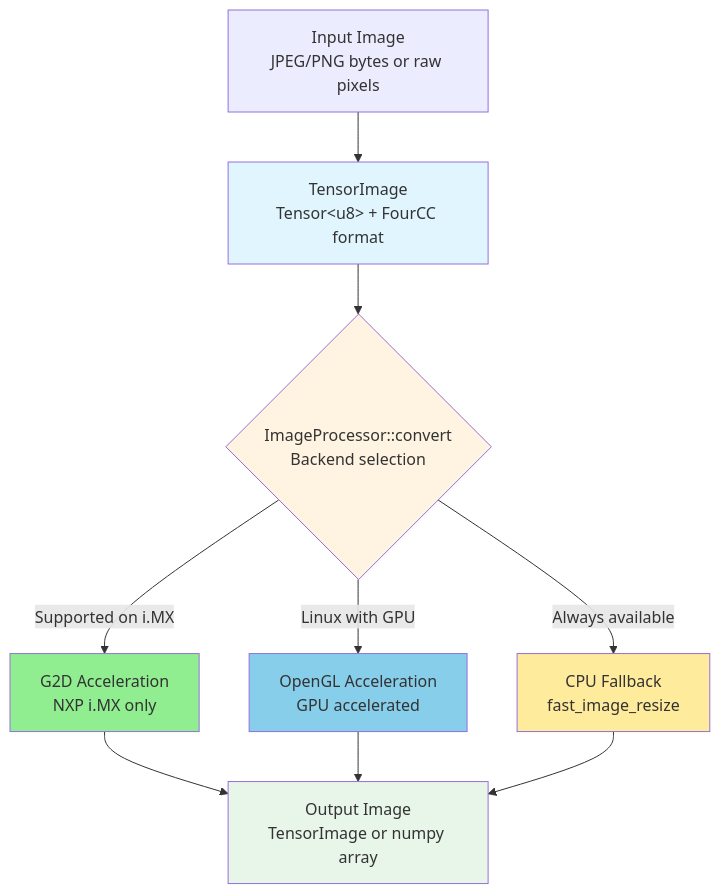
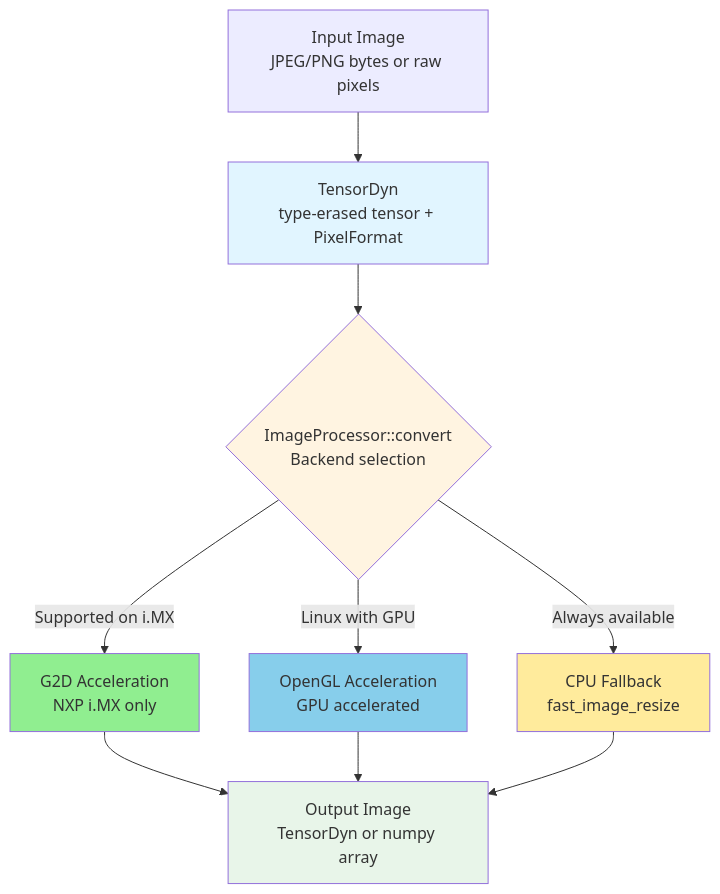
The fifth of 11 diagrams in README.md (EdgeFirstAI/hal), drawn with Mermaid before and after one commit. The commit also changed other lines of this file and 39 other files, not shown here.

First line of the commit message:
EDGEAI-1107: PixelFormat + TensorDyn unification — remove TensorImage

````diff
--- a/README.md
+++ b/README.md
@@ -223,26 +225,26 @@
 ```mermaid
 flowchart TD
     Input[Input Image<br/>JPEG/PNG bytes or raw pixels]
-    TI[TensorImage<br/>Tensor&lt;u8&gt; + FourCC format]
+    TI[TensorDyn<br/>type-erased tensor + PixelFormat]
     Conv{ImageProcessor::convert<br/>Backend selection}
     G2D[G2D Acceleration<br/>NXP i.MX only]
     GL[OpenGL Acceleration<br/>GPU accelerated]
     CPU[CPU Fallback<br/>fast_image_resize]
-    Output[Output Image<br/>TensorImage or numpy array]
+    Output[Output Image<br/>TensorDyn or numpy array]
 
     Input --> TI
     TI --> Conv
     Conv -->|Supported on i.MX| G2D
     Conv -->|Linux with GPU| GL
     Conv -->|Always available| CPU
     G2D --> Output
     GL --> Output
     CPU --> Output
 
     style TI fill:#e1f5ff
     style Conv fill:#fff4e1
     style G2D fill:#90ee90
     style GL fill:#87ceeb
     style CPU fill:#ffeb9c
     style Output fill:#e8f5e9
 ```
````
